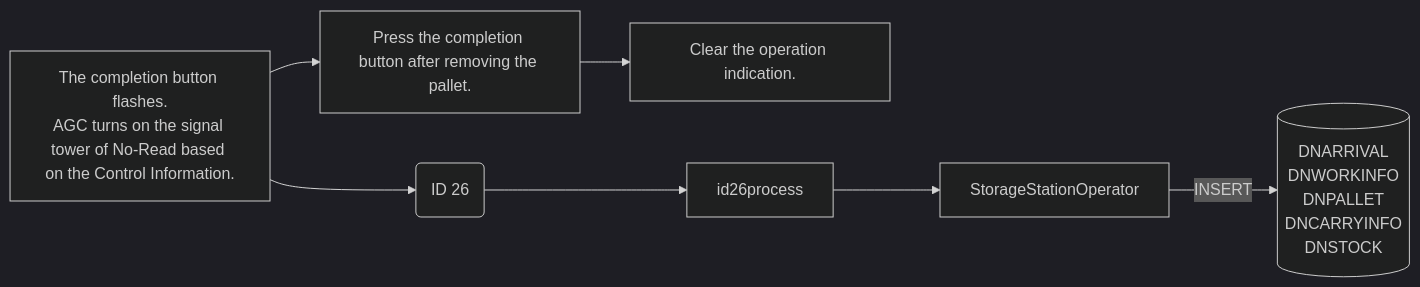
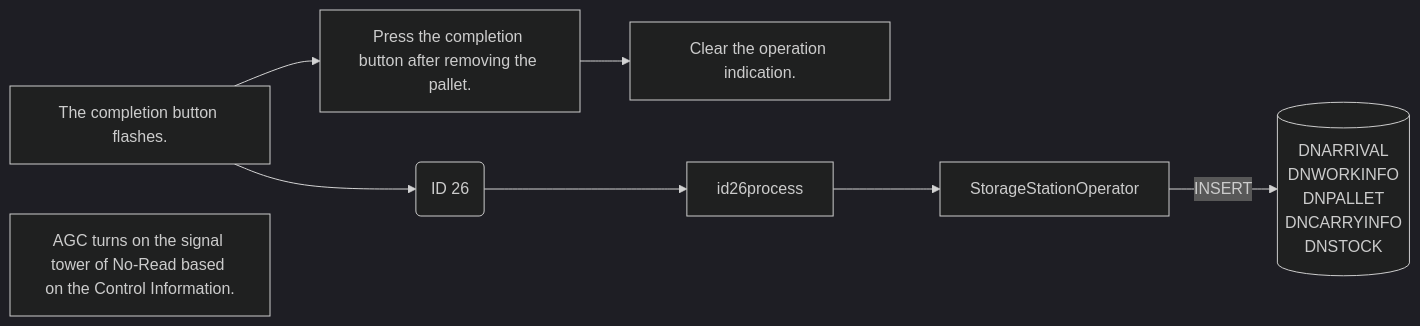
One commit to luthfiadityaa/SimeDarby-Wiki changed the tenth of 10 diagrams in Basic-Design/DFD-WMS/Storage/Palletizing-Settting/Irregular-Cases.md. Above: the diagram before and after it, drawn with Mermaid (dark theme).

Commit message:
Updated Irregular Cases

```diff
--- a/Basic-Design/DFD-WMS/Storage/Palletizing-Settting/Irregular-Cases.md
+++ b/Basic-Design/DFD-WMS/Storage/Palletizing-Settting/Irregular-Cases.md
@@ -428,34 +428,37 @@
 ::: mermaid
 flowchart LR
 
 releaseCommand["
 The completion button flashes.
+"]
+
+releaseCommand0["
 AGC turns on the signal tower of No-Read based on the Control Information. 
 "]
 
 id26msg("
 ID 26
 ")
 
 id26-insert[("
    DNARRIVAL
    DNWORKINFO
    DNPALLET
    DNCARRYINFO
    DNSTOCK		
 ")]
 
 storageStationOperator[StorageStationOperator]
 
 releaseCommand2["
 Press the completion button after removing the pallet.
 "]
 
 releaseCommand3["
 Clear the operation indication. 
 "]
 
 releaseCommand-->releaseCommand2-->releaseCommand3
 releaseCommand-->id26msg-->id26process-->storageStationOperator
 storageStationOperator--> |INSERT| id26-insert
 :::
```
